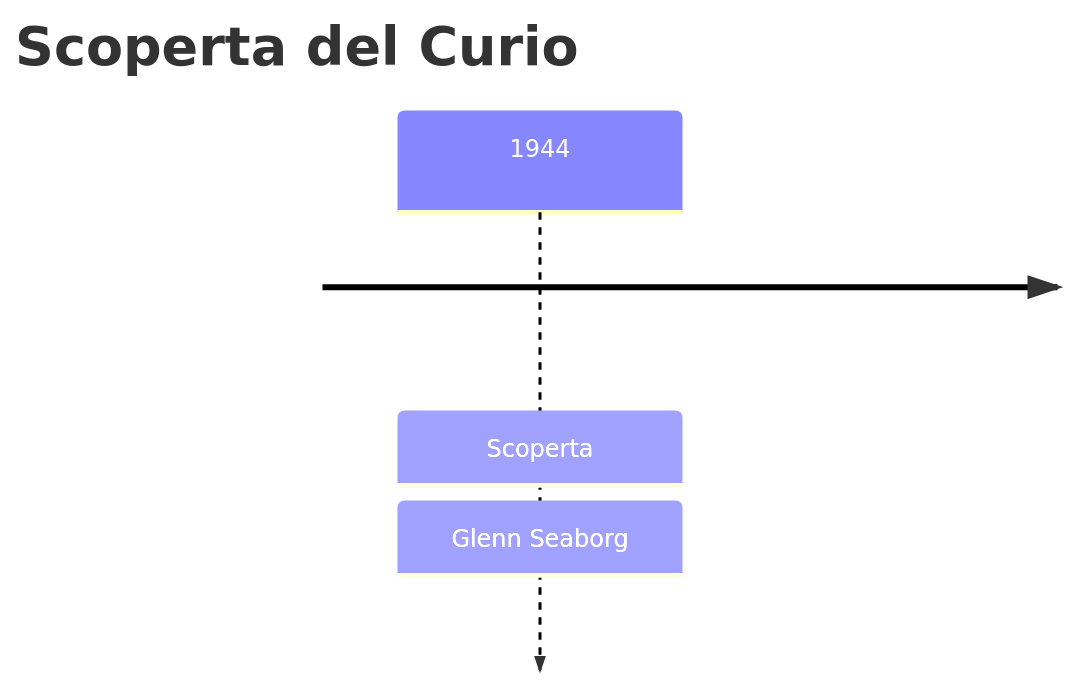
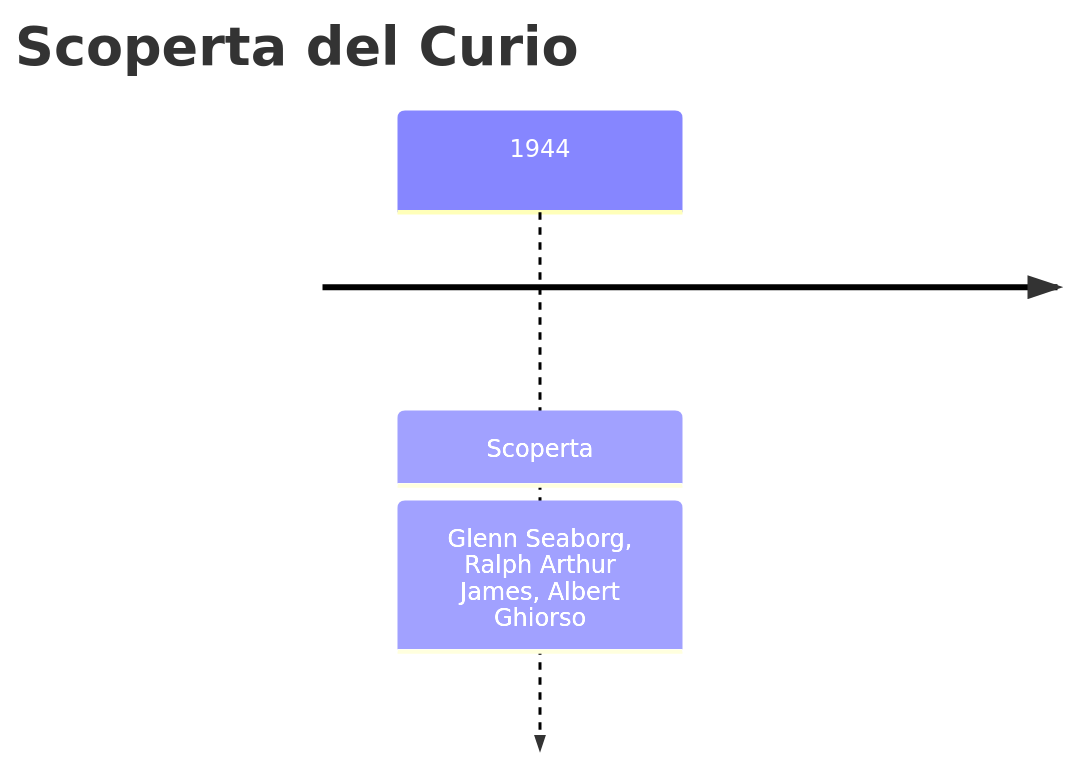
One commit to gianlucaciarcelluti/elements-caos changed the first of 3 diagrams in vault/Elementi/Curio.md. Above: the diagram before and after it, drawn with Mermaid. The commit also changed other lines of this file and 10 other files, not shown here.

````diff
--- a/vault/Elementi/Curio.md
+++ b/vault/Elementi/Curio.md
@@ -28,5 +28,5 @@
 ```mermaid
 timeline
     title Scoperta del Curio
-    1944 : Scoperta : Glenn Seaborg
+    1944 : Scoperta : Glenn Seaborg, Ralph Arthur James, Albert Ghiorso
 ```
````
